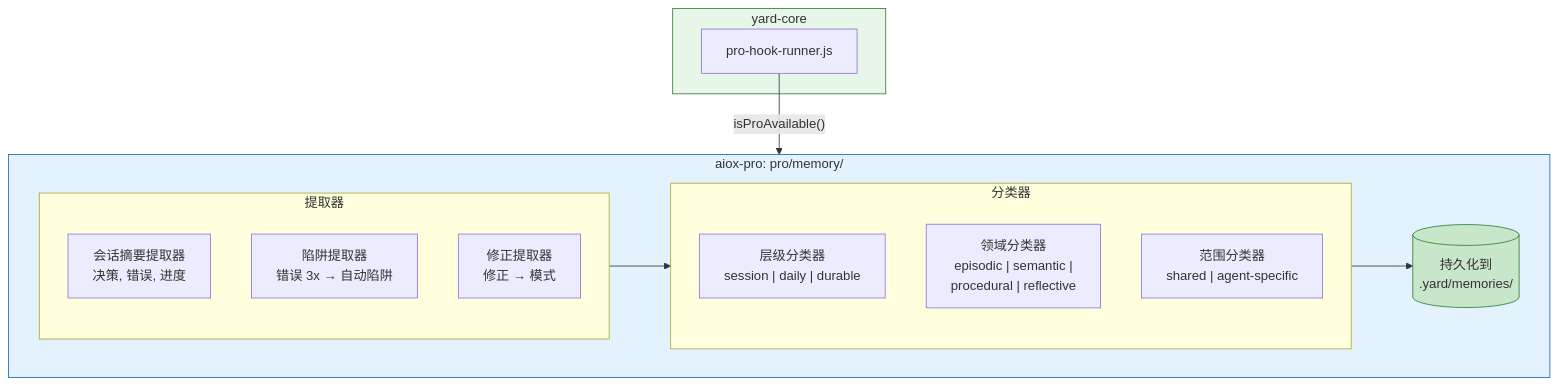
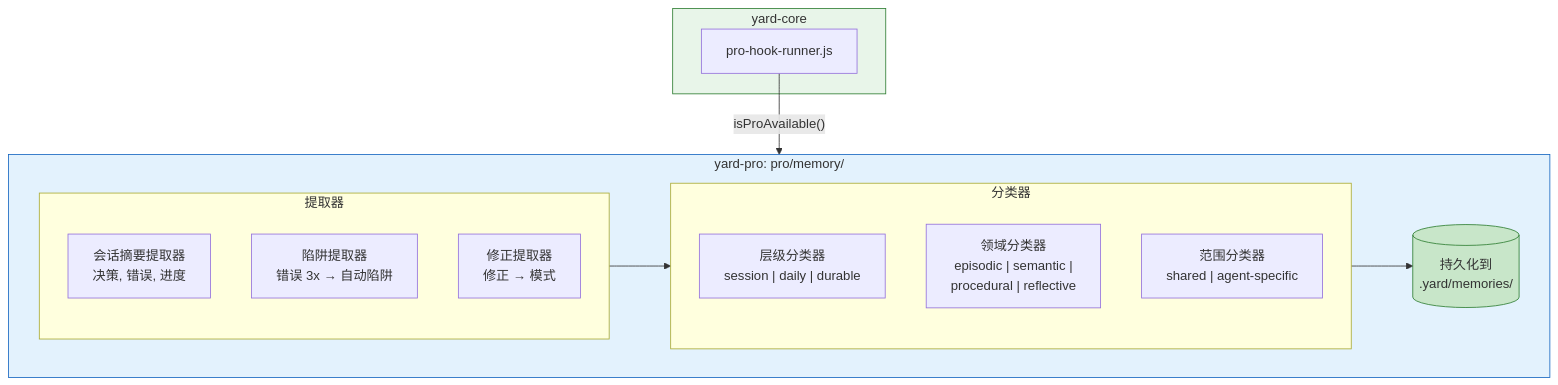
Before and after one commit to ernesto-langa/yard-core: the fifth of 11 diagrams in docs/zh/guides/MEMORY-INTELLIGENCE-SYSTEM.md, drawn with Mermaid. The commit also changed other lines of this file and 529 other files, not shown here.

````diff
--- a/docs/zh/guides/MEMORY-INTELLIGENCE-SYSTEM.md
+++ b/docs/zh/guides/MEMORY-INTELLIGENCE-SYSTEM.md
@@ -479,29 +479,29 @@
 ```mermaid
 flowchart TD
     subgraph CORE_HOOKS["yard-core"]
         HR["pro-hook-runner.js"]
     end
 
-    subgraph PRO_CAPTURE["aiox-pro: pro/memory/"]
+    subgraph PRO_CAPTURE["yard-pro: pro/memory/"]
         subgraph EXTRACTORS["提取器"]
             EX1["会话摘要提取器<br/>决策, 错误, 进度"]
             EX2["陷阱提取器<br/>错误 3x → 自动陷阱"]
             EX3["修正提取器<br/>修正 → 模式"]
         end
 
         subgraph CLASSIFIERS["分类器"]
             CL1["层级分类器<br/>session | daily | durable"]
             CL2["领域分类器<br/>episodic | semantic |<br/>procedural | reflective"]
             CL3["范围分类器<br/>shared | agent-specific"]
         end
 
         EXTRACTORS --> CLASSIFIERS
         CLASSIFIERS --> PERSIST[("持久化到<br/>.yard/memories/")]
     end
 
     HR -->|"isProAvailable()"| PRO_CAPTURE
 
     style CORE_HOOKS fill:#E8F5E9,stroke:#2E7D32
     style PRO_CAPTURE fill:#E3F2FD,stroke:#1565C0
     style PERSIST fill:#C8E6C9,stroke:#2E7D32
 ```
````
